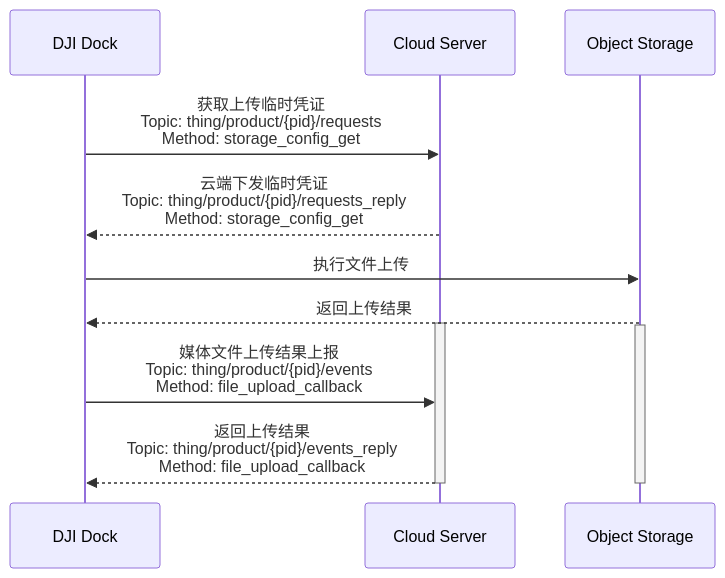
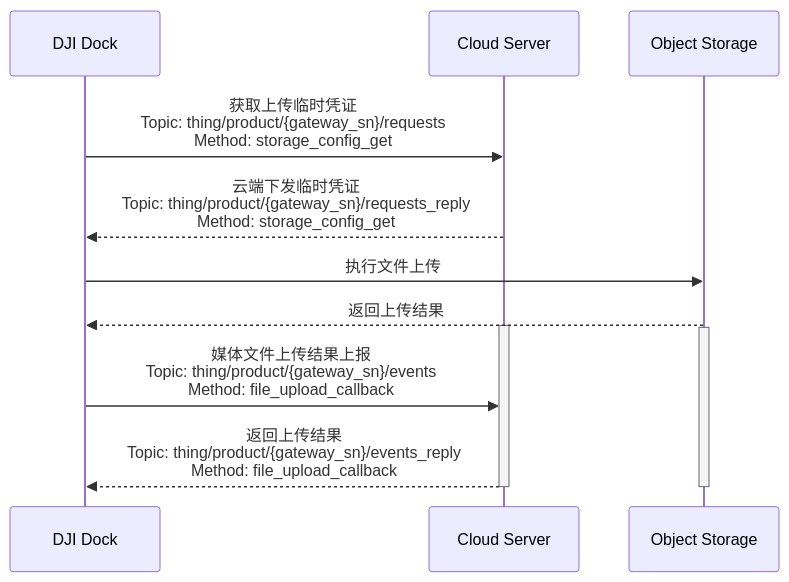
The diagram in docs/cn/30.feature-set/20.dock-feature-set/40.dock-media-management.md (dji-sdk/Cloud-API-Doc), drawn with Mermaid before and after one commit. The commit also changed other lines of this file and 72 other files, not shown here.

````diff
--- a/docs/cn/30.feature-set/20.dock-feature-set/40.dock-media-management.md
+++ b/docs/cn/30.feature-set/20.dock-feature-set/40.dock-media-management.md
@@ -10,20 +8,20 @@
 ```mermaid
 sequenceDiagram
 
 participant client  as DJI Dock
 participant server as Cloud Server
 participant oss as Object Storage
 
-client ->> server : 获取上传临时凭证<br/>Topic: thing/product/{pid}/requests<br/>Method: storage_config_get
-server -->> client : 云端下发临时凭证<br/>Topic: thing/product/{pid}/requests_reply<br/>Method: storage_config_get
+client ->> server : 获取上传临时凭证<br/>Topic: thing/product/{gateway_sn}/requests<br/>Method: storage_config_get
+server -->> client : 云端下发临时凭证<br/>Topic: thing/product/{gateway_sn}/requests_reply<br/>Method: storage_config_get
 client ->> oss : 执行文件上传
 oss -->> client : 返回上传结果
 
 activate server
 activate oss
-client ->> server : 媒体文件上传结果上报<br/>Topic: thing/product/{pid}/events<br/>Method: file_upload_callback
-server -->> client : 返回上传结果<br/>Topic: thing/product/{pid}/events_reply<br/>Method: file_upload_callback
+client ->> server : 媒体文件上传结果上报<br/>Topic: thing/product/{gateway_sn}/events<br/>Method: file_upload_callback
+server -->> client : 返回上传结果<br/>Topic: thing/product/{gateway_sn}/events_reply<br/>Method: file_upload_callback
 deactivate server
 deactivate oss
 
 ```
````
